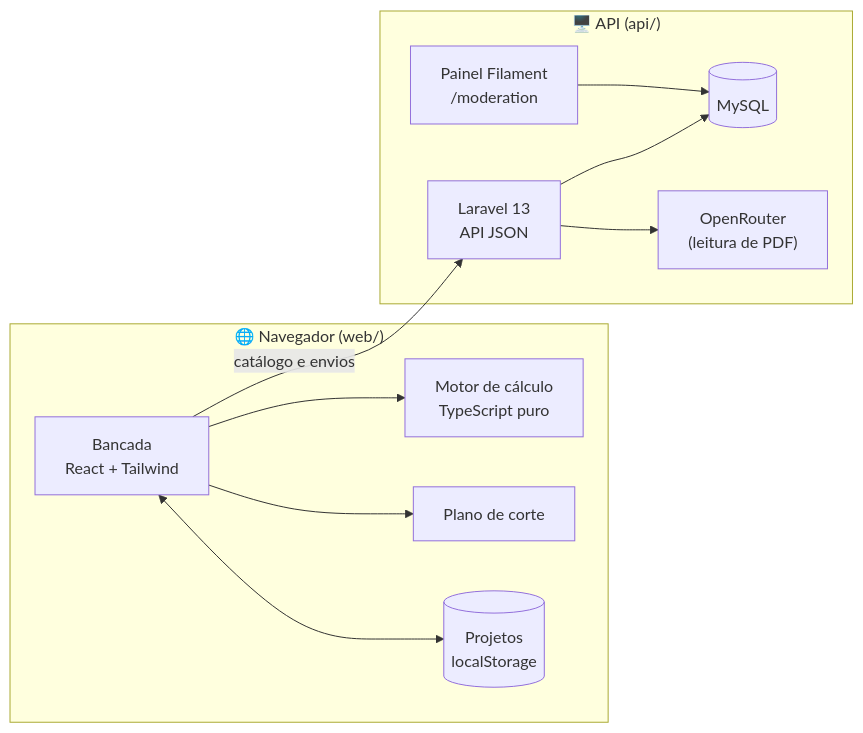
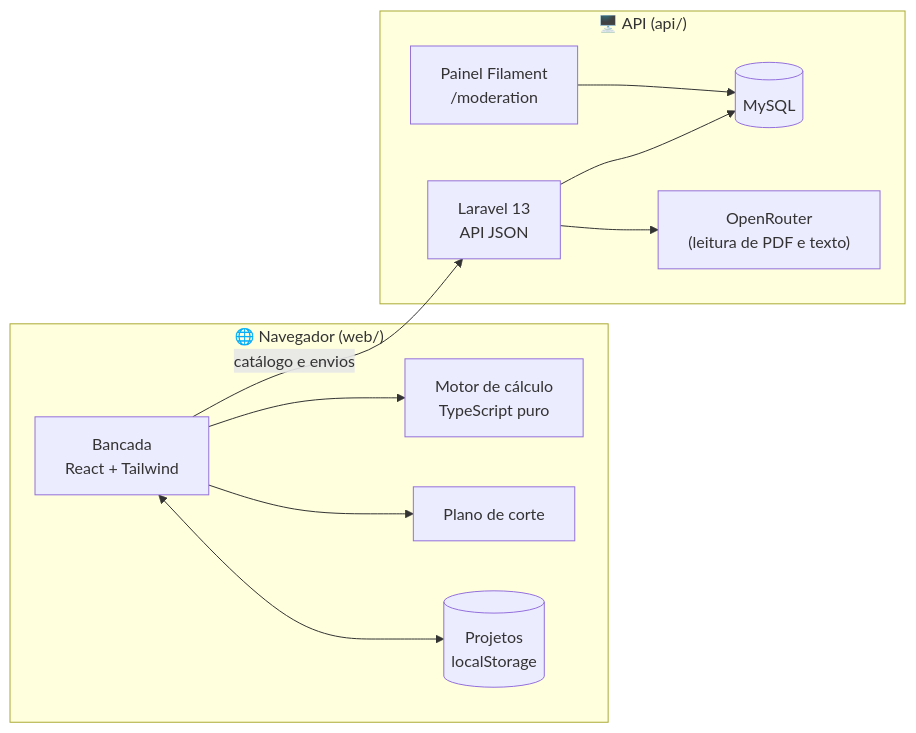
Before and after one commit to guilhermemcr1/BuildBass: the diagram in README.md, drawn with Mermaid. The commit also changed other lines of this file and 15 other files, not shown here.

First line of the commit message:
docs: screenshots reproduzíveis do README com assistente, leitura de PDF e caixa em 3D

````diff
--- a/README.md
+++ b/README.md
@@ -90,14 +147,14 @@
 ```mermaid
 flowchart LR
     subgraph Navegador["🌐 Navegador (web/)"]
         UI["Bancada<br/>React + Tailwind"] --> Engine["Motor de cálculo<br/>TypeScript puro"]
         UI --> Cut["Plano de corte"]
         UI <--> Store[("Projetos<br/>localStorage")]
     end
     subgraph Servidor["🖥️ API (api/)"]
         API["Laravel 13<br/>API JSON"] --> DB[("MySQL")]
         Panel["Painel Filament<br/>/moderation"] --> DB
-        API --> AI["OpenRouter<br/>(leitura de PDF)"]
+        API --> AI["OpenRouter<br/>(leitura de PDF e texto)"]
     end
     UI -- "catálogo e envios" --> API
 ```
````
